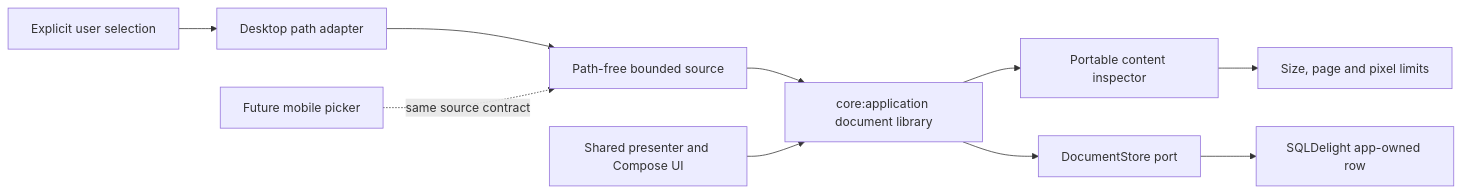
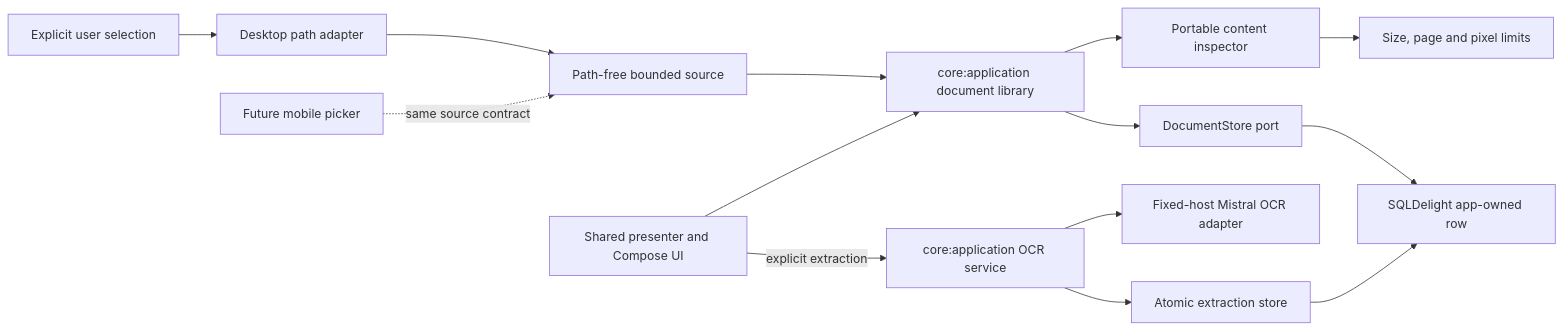
Before and after one commit to artemidius/blowhard: the diagram in docs/architecture/document-lifecycle.md, drawn with Mermaid. The commit also changed other lines of this file and 2 other files, not shown here.

Commit message:
Document explicit bounded OCR

````diff
--- a/docs/architecture/document-lifecycle.md
+++ b/docs/architecture/document-lifecycle.md
@@ -7,12 +7,16 @@
 ```mermaid
 flowchart LR
     User[Explicit user selection] --> Picker[Desktop path adapter]
     Picker --> Source[Path-free bounded source]
     Source --> Library[core:application document library]
     Library --> Inspector[Portable content inspector]
     Library --> Store[DocumentStore port]
     Inspector --> Policy[Size, page and pixel limits]
     Store --> SQLite[SQLDelight app-owned row]
     UI[Shared presenter and Compose UI] --> Library
+    UI -->|explicit extraction| OCR[core:application OCR service]
+    OCR --> Processor[Fixed-host Mistral OCR adapter]
+    OCR --> ExtractionStore[Atomic extraction store]
+    ExtractionStore --> SQLite
     Mobile[Future mobile picker] -. same source contract .-> Source
 ```
````
